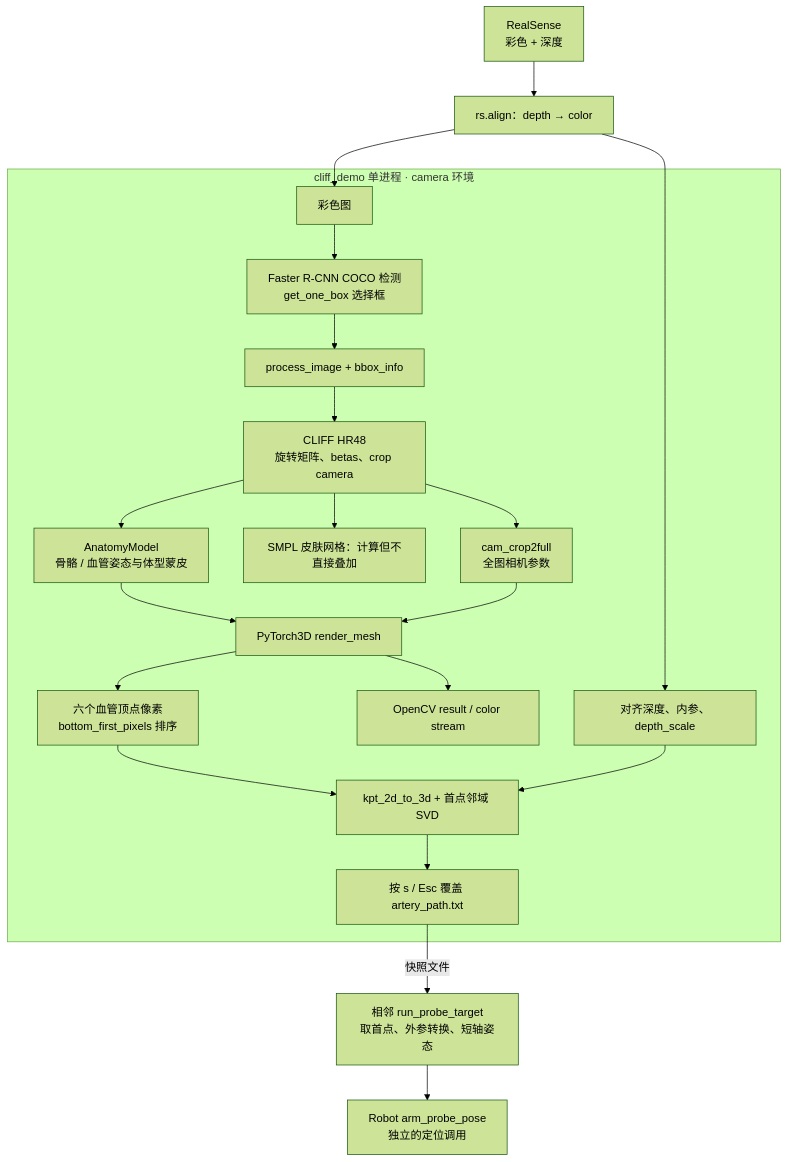
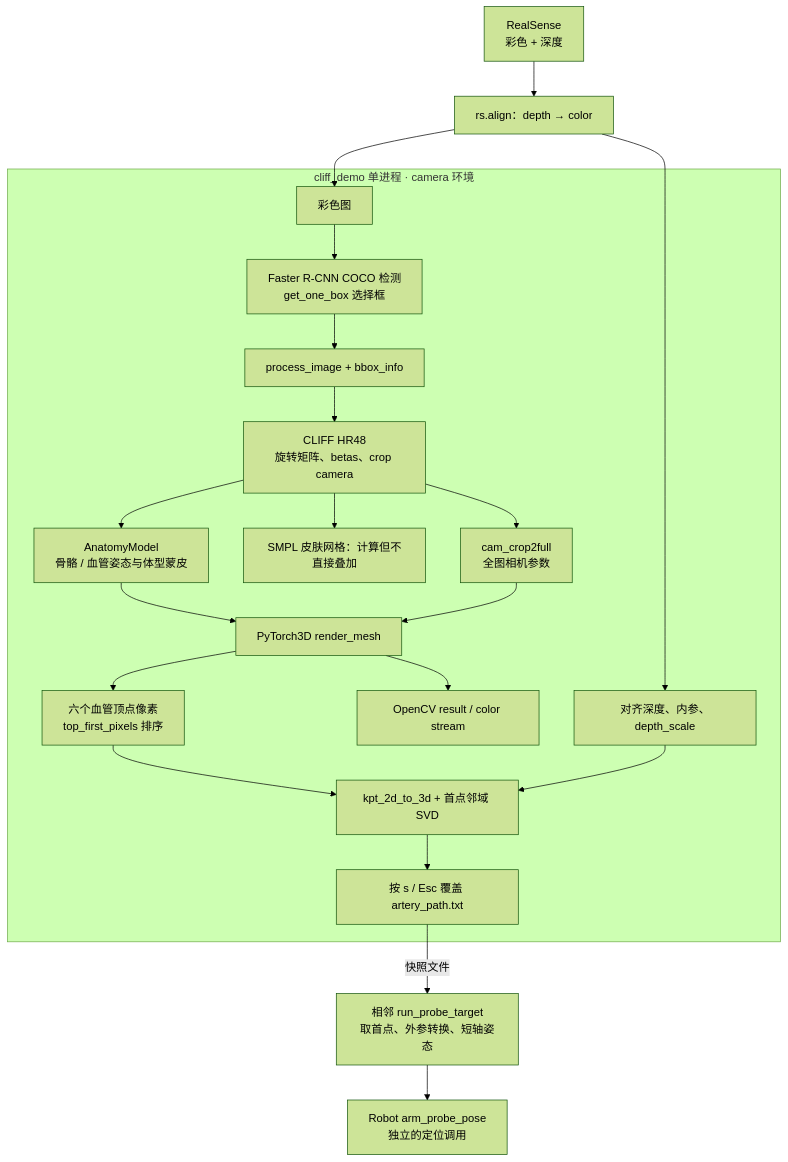
The first of 3 diagrams in infer/Camera_RT/ARCHITECTURE.md (Sadstrawberrysc/cair-arm), drawn with Mermaid (forest theme) before and after one commit. The commit also changed other lines of this file and 57 other files, not shown here.

````diff
--- a/infer/Camera_RT/ARCHITECTURE.md
+++ b/infer/Camera_RT/ARCHITECTURE.md
@@ -25,23 +25,23 @@
 ```mermaid
 flowchart TD
     RS["RealSense<br/>彩色 + 深度"] --> ALIGN["rs.align：depth → color"]
     ALIGN --> RGB["彩色图"]
     ALIGN --> DEPTH["对齐深度、内参、depth_scale"]
     subgraph CAMERA["cliff_demo 单进程 · camera 环境"]
         RGB --> DET["Faster R-CNN COCO 检测<br/>get_one_box 选择框"]
         DET --> CROP["process_image + bbox_info"]
         CROP --> CLIFF["CLIFF HR48<br/>旋转矩阵、betas、crop camera"]
         CLIFF --> FULL["cam_crop2full<br/>全图相机参数"]
         CLIFF --> SKIN["SMPL 皮肤网格：计算但不直接叠加"]
         CLIFF --> ANATOMY["AnatomyModel<br/>骨骼 / 血管姿态与体型蒙皮"]
         ANATOMY --> RENDER["PyTorch3D render_mesh"]
         FULL --> RENDER
         RENDER --> VIEW["OpenCV result / color stream"]
-        RENDER --> PIXELS["六个血管顶点像素<br/>bottom_first_pixels 排序"]
+        RENDER --> PIXELS["六个血管顶点像素<br/>top_first_pixels 排序"]
         PIXELS --> GEOM["kpt_2d_to_3d + 首点邻域 SVD"]
         DEPTH --> GEOM
         GEOM --> SAVE["按 s / Esc 覆盖 artery_path.txt"]
     end
     SAVE -->|"快照文件"| HAND["相邻 run_probe_target<br/>取首点、外参转换、短轴姿态"]
     HAND --> TOOL["Robot arm_probe_pose<br/>独立的定位调用"]
 ```
````
